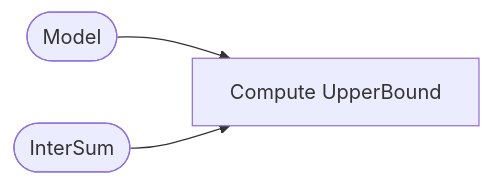
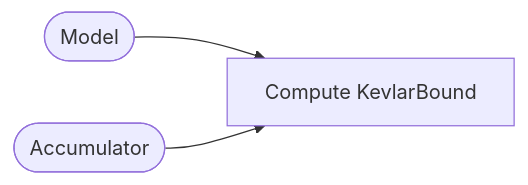
One commit to Confirm-Solutions/imprint changed the third of 4 diagrams in docs/design/model/model.md. Above: the diagram before and after it, drawn with Mermaid. The commit also changed other lines of this file and 11 other files, not shown here.

````diff
--- a/docs/design/model/model.md
+++ b/docs/design/model/model.md
@@ -75,7 +73,7 @@
 ```mermaid
 flowchart LR
     model([Model])
-    is_o([InterSum])
-    model --> ub[Compute UpperBound]
+    is_o([Accumulator])
+    model --> ub[Compute KevlarBound]
     is_o --> ub
 ```
````
